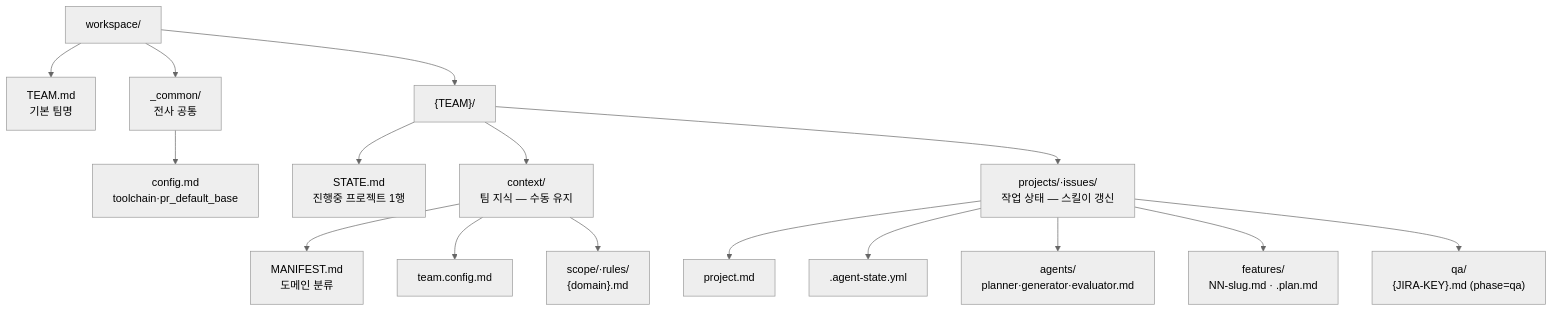
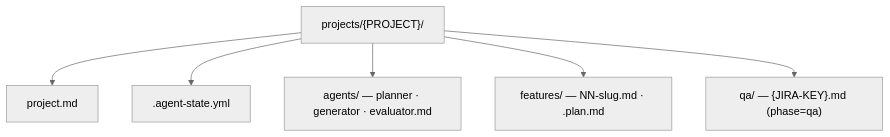
One commit to radiostart/dp-skills-docs changed the fourth of 4 diagrams in docs/explanation/workspace-layout.md. Above: the diagram before and after it, drawn with Mermaid (neutral theme). The commit also changed other lines of this file, not shown here.

Commit message:
docs: workspace-layout 전체 구조 다이어그램 4개로 분리

````diff
--- a/docs/explanation/workspace-layout.md
+++ b/docs/explanation/workspace-layout.md
@@ -7,19 +42,9 @@
 ```mermaid
 graph TD
-    W[workspace/]
-    W --> TEAM[TEAM.md<br/>기본 팀명]
-    W --> COMMON[_common/<br/>전사 공통]
-    W --> T["{TEAM}/"]
-    COMMON --> CFG[config.md<br/>toolchain·pr_default_base]
-    T --> STATE[STATE.md<br/>진행중 프로젝트 1행]
-    T --> CTX[context/<br/>팀 지식 — 수동 유지]
-    T --> PROJ[projects/·issues/<br/>작업 상태 — 스킬이 갱신]
-    CTX --> MAN[MANIFEST.md<br/>도메인 분류]
-    CTX --> TCFG[team.config.md]
-    CTX --> SCOPE["scope/·rules/<br/>{domain}.md"]
-    PROJ --> PM[project.md]
-    PROJ --> AST[.agent-state.yml]
-    PROJ --> AG["agents/<br/>planner·generator·evaluator.md"]
-    PROJ --> FEAT["features/<br/>NN-slug.md · .plan.md"]
-    PROJ --> QA["qa/<br/>{JIRA-KEY}.md (phase=qa)"]
+    PROJ["projects/{PROJECT}/"]
+    PROJ --> PM["project.md"]
+    PROJ --> AST[".agent-state.yml"]
+    PROJ --> AG["agents/ — planner · generator · evaluator.md"]
+    PROJ --> FEAT["features/ — NN-slug.md · .plan.md"]
+    PROJ --> QA["qa/ — {JIRA-KEY}.md (phase=qa)"]
 ```
````
